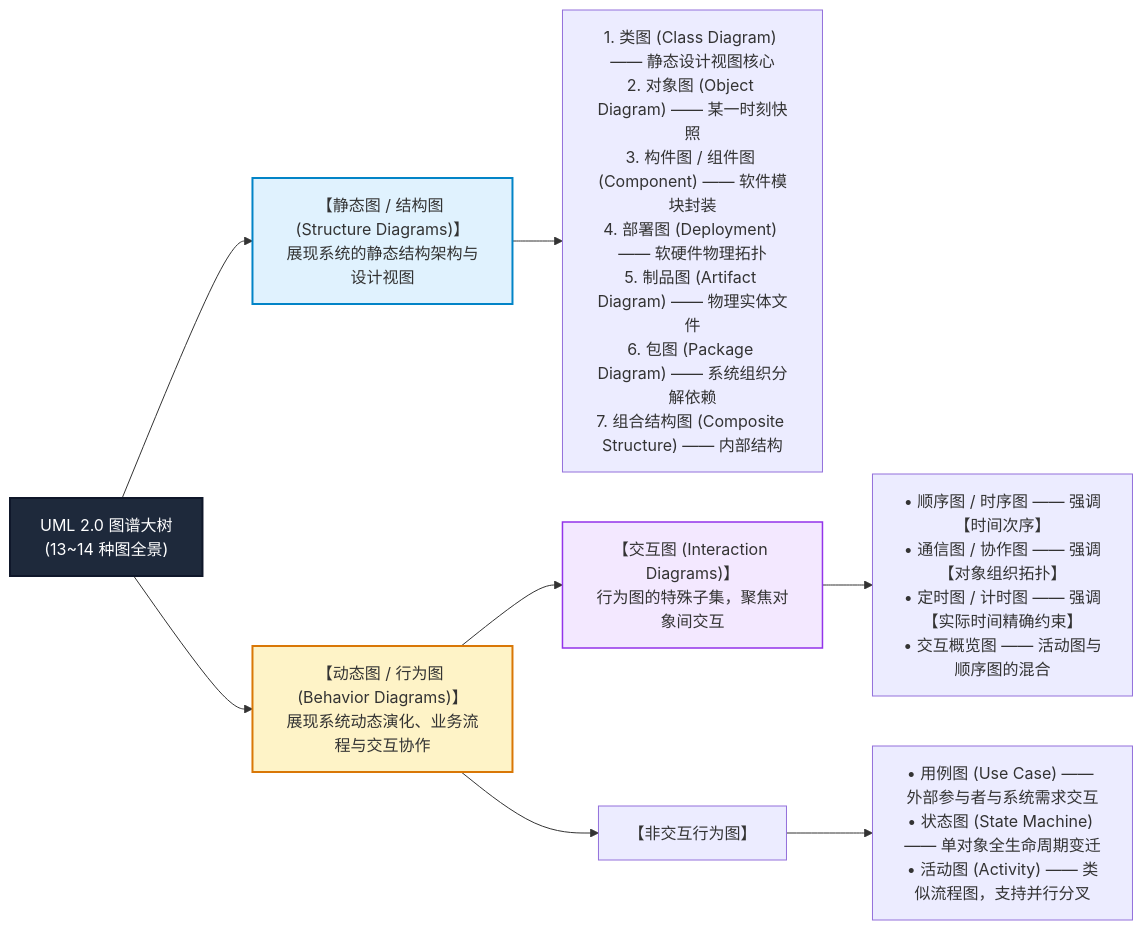
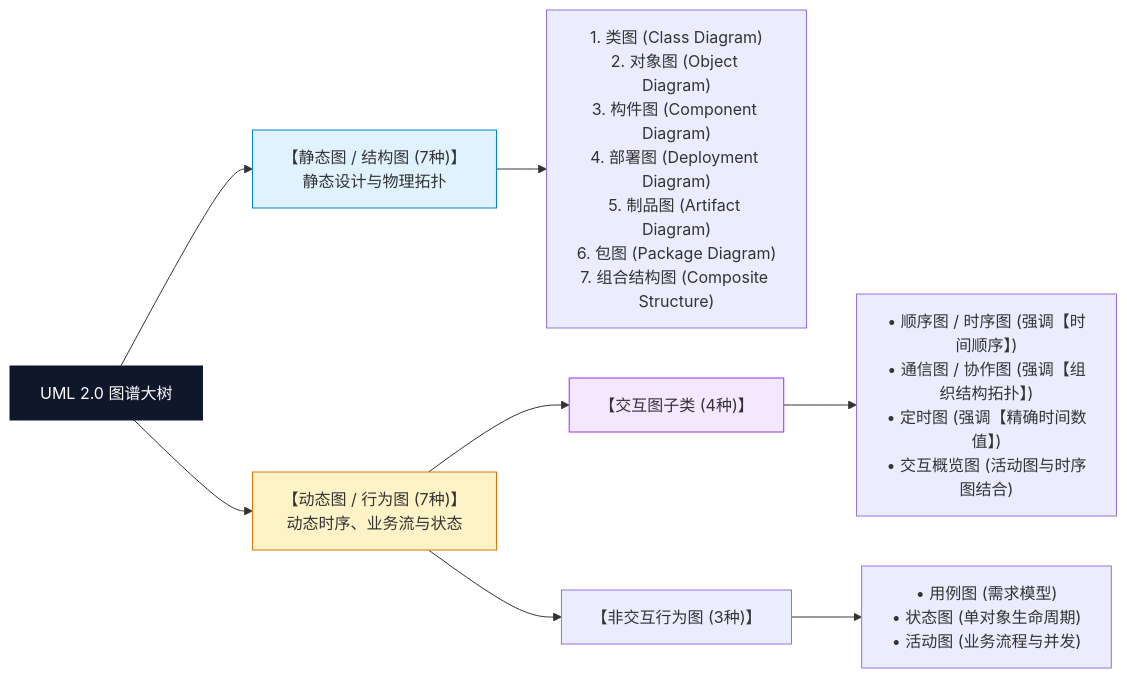
Before and after one commit to cpsa3/software-designer-fast-pass: the second of 11 diagrams in 02-visual-diagrams/02-UML核心建模图谱与设计视图全景图解.md, drawn with Mermaid. The commit also changed other lines of this file, not shown here.

Commit message:
refactor(uml): 彻底重构UML图解文档为纯视觉流，100%统一Mermaid原生矢量图，消除ASCII与语法报错

````diff
--- a/02-visual-diagrams/02-UML核心建模图谱与设计视图全景图解.md
+++ b/02-visual-diagrams/02-UML核心建模图谱与设计视图全景图解.md
@@ -54,19 +53,19 @@
 ```mermaid
 flowchart LR
-    UML["UML 2.0 图谱大树<br>(13~14 种图全景)"]
+    UML["UML 2.0 图谱大树"]
 
-    UML --> Static["【静态图 / 结构图 (Structure Diagrams)】<br>展现系统的静态结构架构与设计视图"]
-    Static --> S1["1. 类图 (Class Diagram) —— 静态设计视图核心<br>2. 对象图 (Object Diagram) —— 某一时刻快照<br>3. 构件图 / 组件图 (Component) —— 软件模块封装<br>4. 部署图 (Deployment) —— 软硬件物理拓扑<br>5. 制品图 (Artifact Diagram) —— 物理实体文件<br>6. 包图 (Package Diagram) —— 系统组织分解依赖<br>7. 组合结构图 (Composite Structure) —— 内部结构"]
+    UML --> Static["【静态图 / 结构图 (7种)】<br>静态设计与物理拓扑"]
+    Static --> S1["1. 类图 (Class Diagram)<br>2. 对象图 (Object Diagram)<br>3. 构件图 (Component Diagram)<br>4. 部署图 (Deployment Diagram)<br>5. 制品图 (Artifact Diagram)<br>6. 包图 (Package Diagram)<br>7. 组合结构图 (Composite Structure)"]
 
-    UML --> Dynamic["【动态图 / 行为图 (Behavior Diagrams)】<br>展现系统动态演化、业务流程与交互协作"]
-    Dynamic --> D_Interact["【交互图 (Interaction Diagrams)】<br>行为图的特殊子集，聚焦对象间交互"]
-    D_Interact --> I1["• 顺序图 / 时序图 —— 强调【时间次序】<br>• 通信图 / 协作图 —— 强调【对象组织拓扑】<br>• 定时图 / 计时图 —— 强调【实际时间精确约束】<br>• 交互概览图 —— 活动图与顺序图的混合"]
+    UML --> Dynamic["【动态图 / 行为图 (7种)】<br>动态时序、业务流与状态"]
+    Dynamic --> D_Interact["【交互图子类 (4种)】"]
+    D_Interact --> I1["• 顺序图 / 时序图 (强调【时间顺序】)<br>• 通信图 / 协作图 (强调【组织结构拓扑】)<br>• 定时图 (强调【精确时间数值】)<br>• 交互概览图 (活动图与时序图结合)"]
     
-    Dynamic --> D_Other["【非交互行为图】"]
-    D_Other --> D1["• 用例图 (Use Case) —— 外部参与者与系统需求交互<br>• 状态图 (State Machine) —— 单对象全生命周期变迁<br>• 活动图 (Activity) —— 类似流程图，支持并行分叉"]
+    Dynamic --> D_Other["【非交互行为图 (3种)】"]
+    D_Other --> D1["• 用例图 (需求模型)<br>• 状态图 (单对象生命周期)<br>• 活动图 (业务流程与并发)"]
 
-    style UML fill:#1e293b,stroke:#0f172a,stroke-width:2px,color:#fff
-    style Static fill:#e0f2fe,stroke:#0284c7,stroke-width:2px
-    style Dynamic fill:#fef3c7,stroke:#d97706,stroke-width:2px
-    style D_Interact fill:#f3e8ff,stroke:#9333ea,stroke-width:1.5px
+    style UML fill:#0f172a,stroke:#0f172a,color:#fff
+    style Static fill:#e0f2fe,stroke:#0284c7
+    style Dynamic fill:#fef3c7,stroke:#d97706
+    style D_Interact fill:#f3e8ff,stroke:#9333ea
 ```
````
